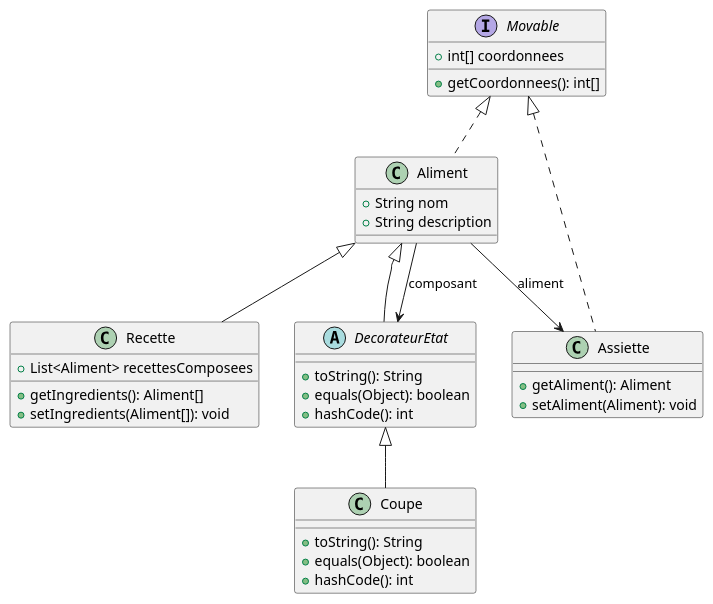
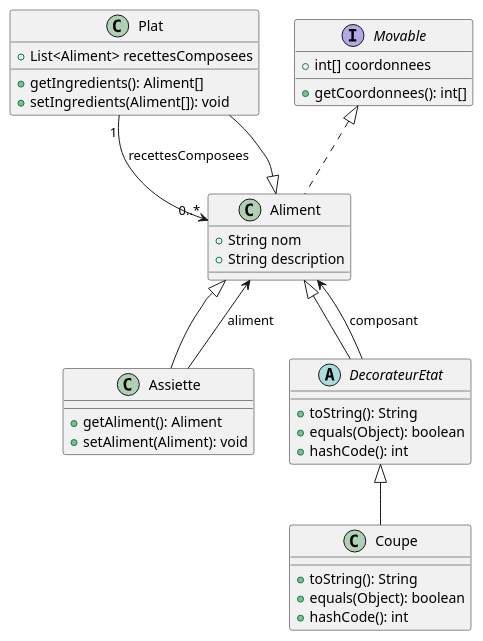
The diagram in assets/RecetteDiag.puml (ThomasRbn/PTUT_BERNARD_ROBINEAU_ROUYER_RUSSO), drawn with PlantUML before and after one commit. The commit also changed 7 other files, not shown here.

Commit message:
Rename de la classe Recette en Plat et mise à jour du diagramme de classe

```diff
--- a/assets/RecetteDiag.puml
+++ b/assets/RecetteDiag.puml
@@ -1,42 +1,44 @@
 @startuml
 'https://plantuml.com/sequence-diagram
 
 
 interface Movable {
     + int[] coordonnees
     + getCoordonnees(): int[]
 }
 
 class Aliment implements Movable {
     + String nom
     + String description
 }
 
-class Assiette implements Movable {
+class Assiette extends Aliment {
     + getAliment(): Aliment
     + setAliment(Aliment): void
 }
 
-Aliment --> Assiette : aliment
+Aliment <-- Assiette : aliment
 
-class Recette extends Aliment {
+class Plat extends Aliment {
     + List<Aliment> recettesComposees
     + getIngredients(): Aliment[]
     + setIngredients(Aliment[]): void
 }
+
+Aliment "0..*" <-up- "1" Plat : recettesComposees
 
 abstract class DecorateurEtat extends Aliment {
     + toString(): String
     + equals(Object): boolean
     + hashCode(): int
 }
 
-Aliment --> DecorateurEtat : composant
+Aliment <-- DecorateurEtat : composant
 
 class Coupe extends DecorateurEtat {
     + toString(): String
     + equals(Object): boolean
     + hashCode(): int
 }
 
 @enduml
```
